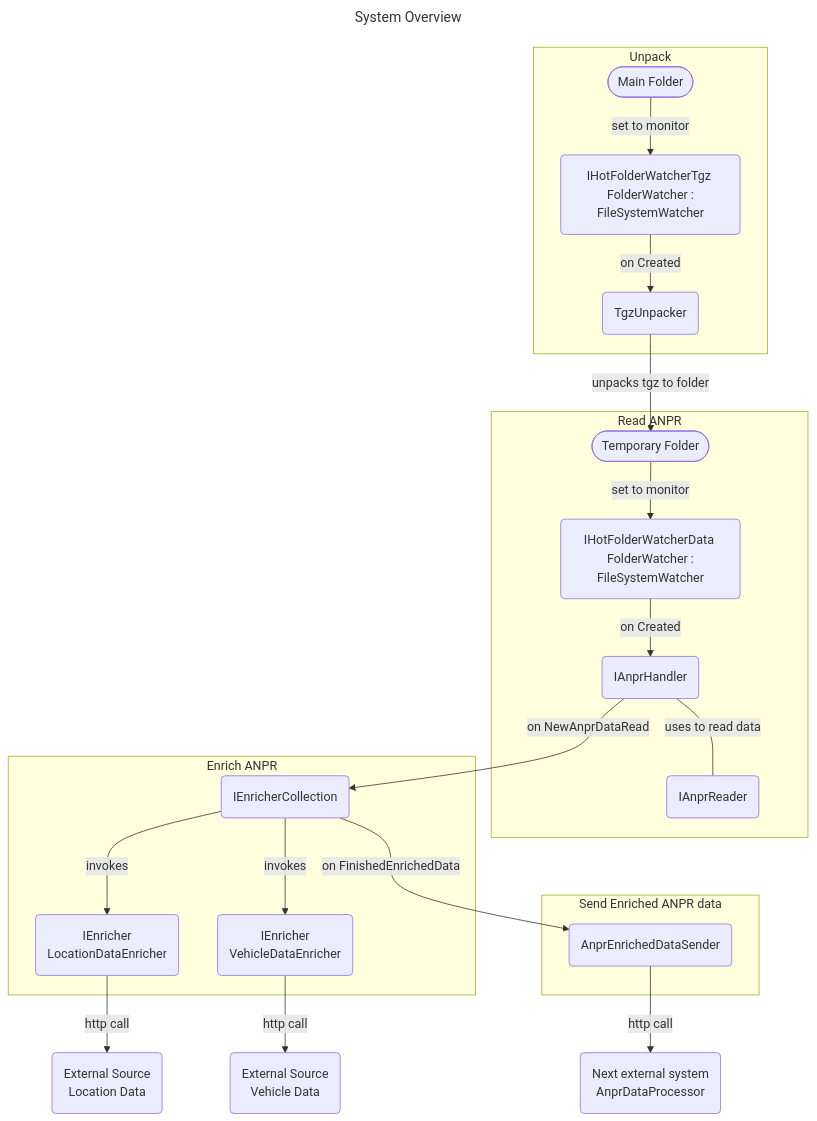
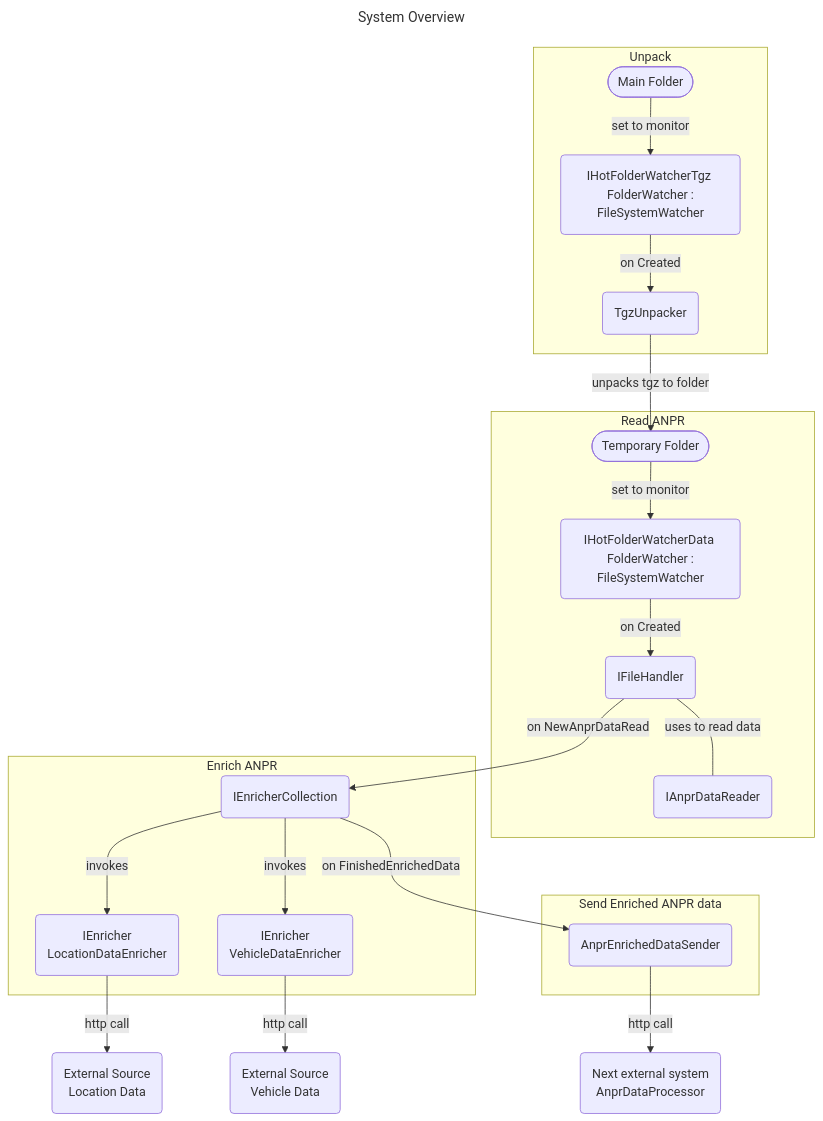
The diagram in PolAssessment/AnprEnricher/README.md (timvdven/PolAssessment), drawn with Mermaid before and after one commit. The commit also changed other lines of this file and 66 other files, not shown here.

````diff
--- a/PolAssessment/AnprEnricher/README.md
+++ b/PolAssessment/AnprEnricher/README.md
@@ -12,46 +12,46 @@
 ```mermaid
 ---
 title: System Overview
 ---
 graph TD;
     subgraph Unpack
       A([Main Folder])
       B(IHotFolderWatcherTgz \n FolderWatcher : FileSystemWatcher)
       C(TgzUnpacker)
 
       A -- set to monitor --> B
       B -- on Created --> C
     end
     subgraph Read ANPR
         D([Temporary Folder])
         E(IHotFolderWatcherData \n FolderWatcher : FileSystemWatcher)
-        G(IAnprReader)
-        F(IAnprHandler)
+        G(IAnprDataReader)
+        F(IFileHandler)
 
         D -- set to monitor --> E
         E -- on Created --> F
         C -- unpacks tgz to folder --> D
         F -- uses to read data --- G
     end
     subgraph Enrich ANPR
         H(IEnricherCollection)
         I(IEnricher \n LocationDataEnricher)
         J(IEnricher \n VehicleDataEnricher)
 
         F -- on NewAnprDataRead --> H
         H -- invokes --> I
         H -- invokes --> J
     end
     L(External Source \n Location Data)
     M(External Source \n Vehicle Data)
 
     I -- http call --> L
     J -- http call --> M
     subgraph Send Enriched ANPR data
         Z(AnprEnrichedDataSender)
         H -- on FinishedEnrichedData --> Z
     end
 
     NEXT(Next external system \n AnprDataProcessor)
     Z -- http call --> NEXT
 ```
````
